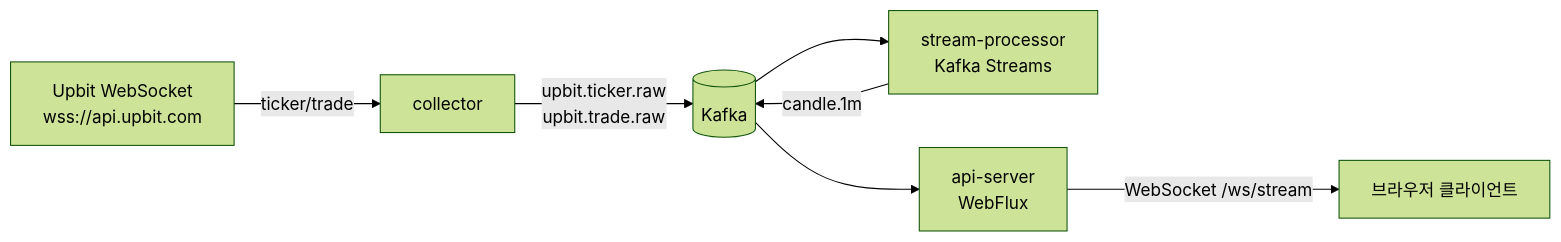
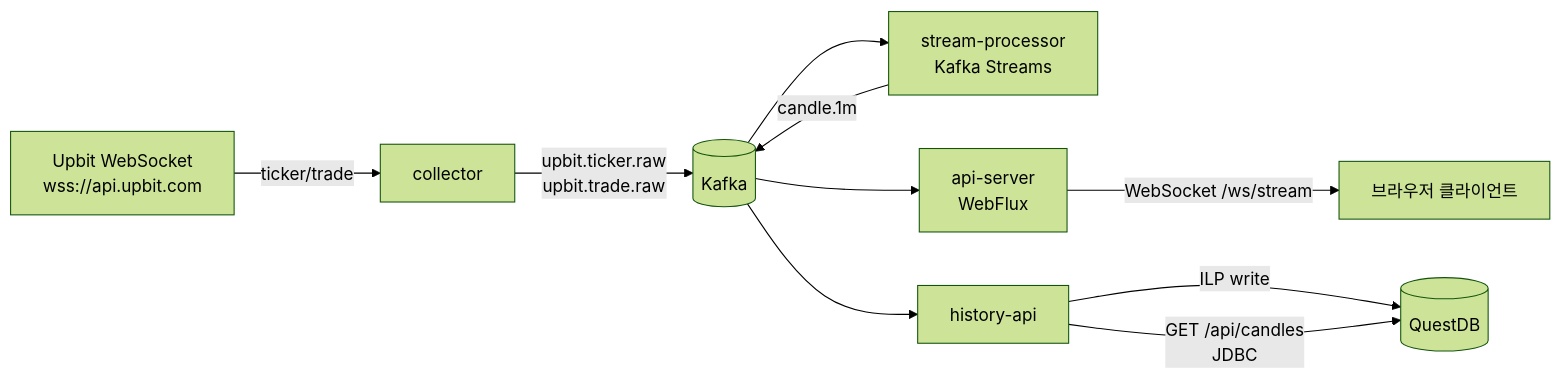
Before and after one commit to ShinSungRok/upbit-price-stream: the first of 2 diagrams in README.md, drawn with Mermaid (forest theme). The commit also changed other lines of this file, not shown here.

Commit message:
README: QuestDB 영속화 완료 반영

````diff
--- a/README.md
+++ b/README.md
@@ -23,9 +23,12 @@
 ```mermaid
 graph LR
     U[Upbit WebSocket<br/>wss://api.upbit.com] -->|ticker/trade| C[collector]
     C -->|upbit.ticker.raw<br/>upbit.trade.raw| K[(Kafka)]
     K --> SP[stream-processor<br/>Kafka Streams]
     SP -->|candle.1m| K
     K --> API[api-server<br/>WebFlux]
     API -->|WebSocket /ws/stream| CLIENT[브라우저 클라이언트]
+    K --> HA[history-api]
+    HA -->|ILP write| QDB[(QuestDB)]
+    HA -->|GET /api/candles<br/>JDBC| QDB
 ```
````
